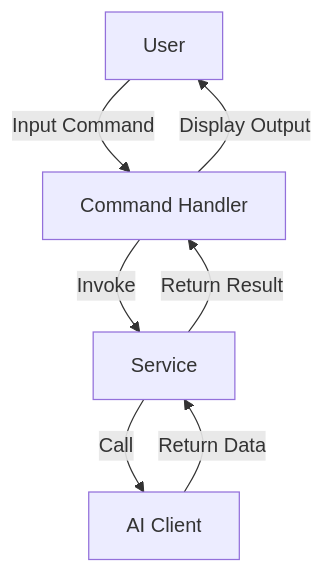
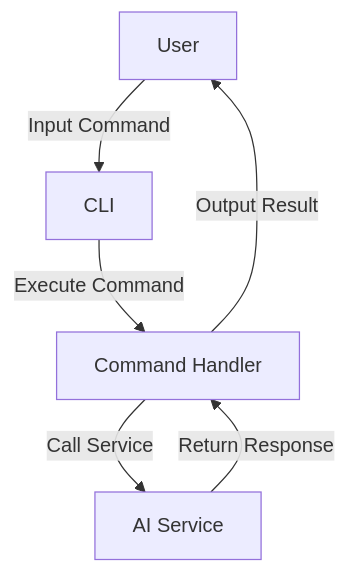
Before and after one commit to geogoesbeepboop/refiner: the second of 3 diagrams in docs/architecture.md, drawn with Mermaid. The commit also changed other lines of this file and 6 other files, not shown here.

````diff
--- a/docs/architecture.md
+++ b/docs/architecture.md
@@ -139,9 +131,8 @@
 ```mermaid
 graph TD;
-    A[User] -->|Input Command| B[Command Handler];
-    B -->|Invoke| C[Service];
-    C -->|Call| D[AI Client];
-    D -->|Return Data| C;
-    C -->|Return Result| B;
-    B -->|Display Output| A;
+    A[User] -->|Input Command| B[CLI]
+    B -->|Execute Command| C[Command Handler]
+    C -->|Call Service| D[AI Service]
+    D -->|Return Response| C
+    C -->|Output Result| A
 ```
````
